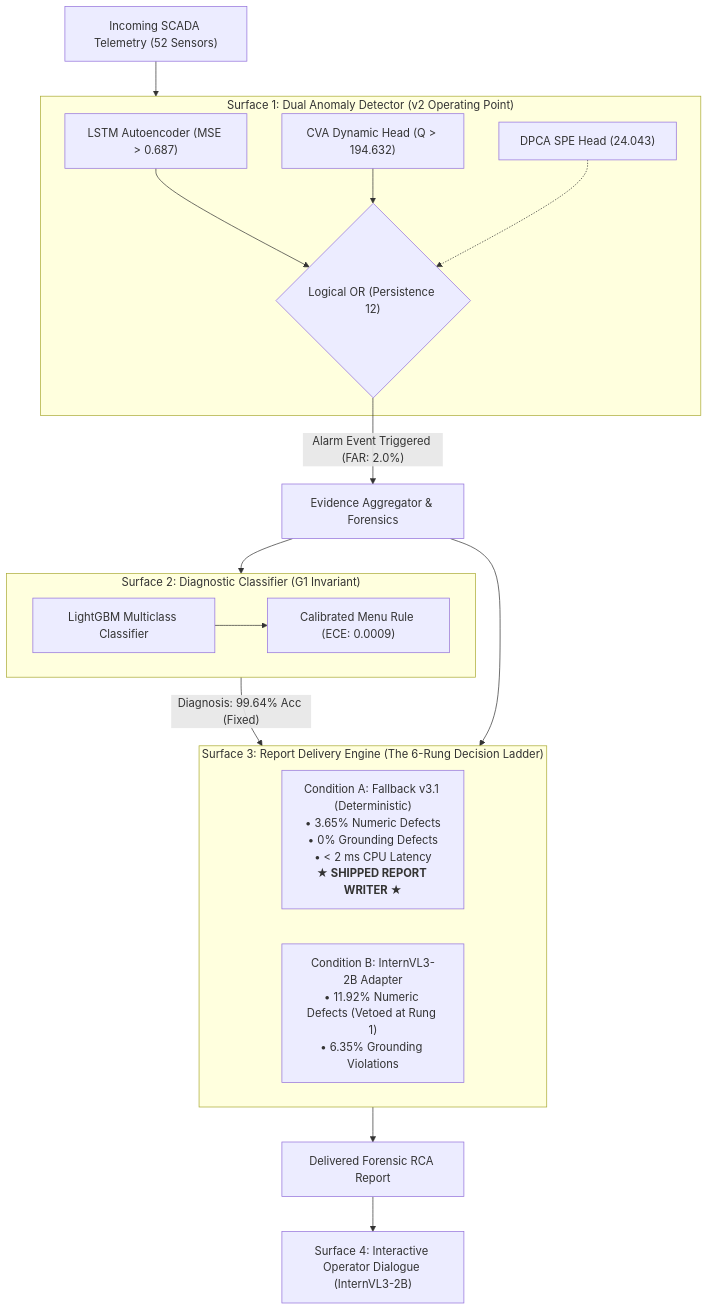
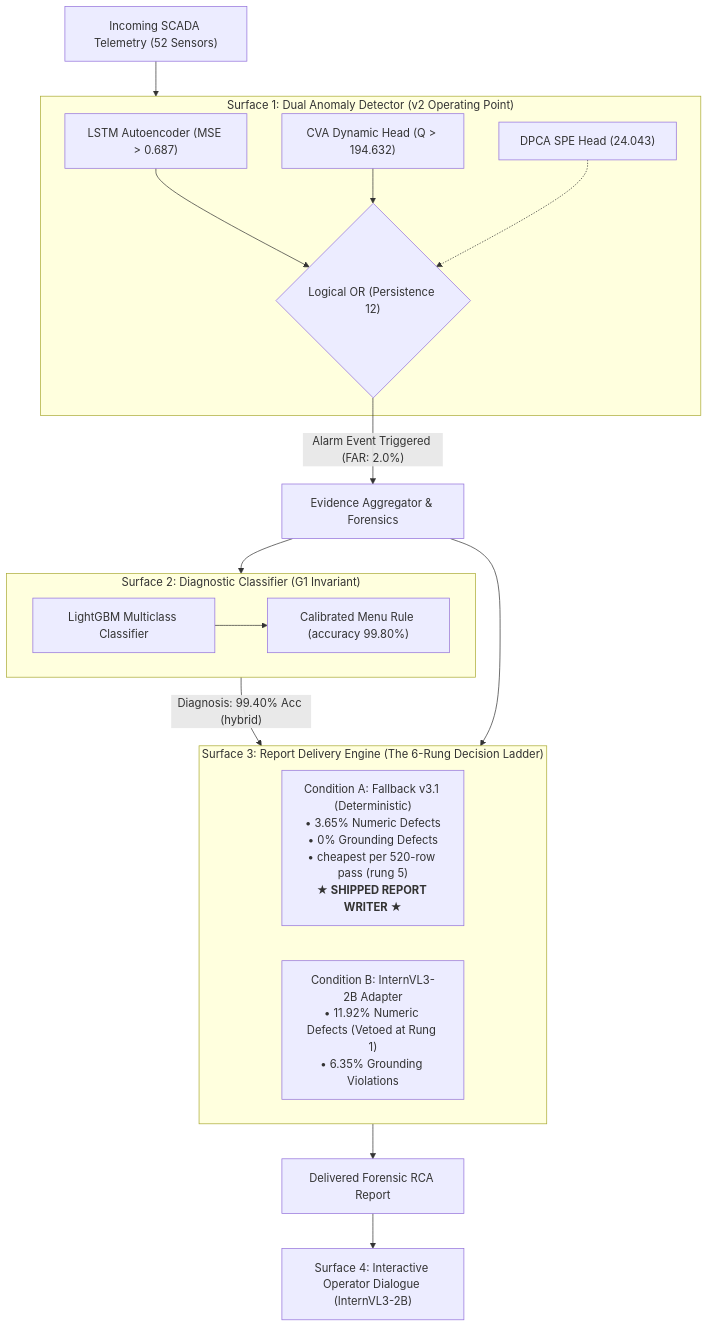
One commit to git-push-kar/C68-Anomaly changed the diagram in docs/reports/BENCHMARK_ACHIEVED_METRICS_REPORT.md. Above: the diagram before and after it, drawn with Mermaid. The commit also changed other lines of this file and 12 other files, not shown here.

First line of the commit message:
Measure batch invariance, correct the pass runtime to 2.2 h, and audit the older report's figures.

````diff
--- a/docs/reports/BENCHMARK_ACHIEVED_METRICS_REPORT.md
+++ b/docs/reports/BENCHMARK_ACHIEVED_METRICS_REPORT.md
@@ -14,34 +22,34 @@
 ```mermaid
 flowchart TD
     SCADA["Incoming SCADA Telemetry (52 Sensors)"] --> Detectors
     
     subgraph Detectors["Surface 1: Dual Anomaly Detector (v2 Operating Point)"]
         LSTM["LSTM Autoencoder (MSE > 0.687)"]
         CVA["CVA Dynamic Head (Q > 194.632)"]
         DPCA["DPCA SPE Head (24.043)"]
         Fuse{"Logical OR (Persistence 12)"}
         LSTM --> Fuse
         CVA --> Fuse
         DPCA -.-> Fuse
     end
     
     Fuse -->|"Alarm Event Triggered (FAR: 2.0%)"| Evidence["Evidence Aggregator & Forensics"]
     
     subgraph Diagnosis["Surface 2: Diagnostic Classifier (G1 Invariant)"]
         LightGBM["LightGBM Multiclass Classifier"]
-        MenuRule["Calibrated Menu Rule (ECE: 0.0009)"]
+        MenuRule["Calibrated Menu Rule (accuracy 99.80%)"]
         LightGBM --> MenuRule
     end
     
     Evidence --> Diagnosis
-    Diagnosis -->|"Diagnosis: 99.64% Acc (Fixed)"| Delivery
+    Diagnosis -->|"Diagnosis: 99.40% Acc (hybrid)"| Delivery
     Evidence --> Delivery
     
     subgraph Delivery["Surface 3: Report Delivery Engine (The 6-Rung Decision Ladder)"]
-        CondA["Condition A: Fallback v3.1 (Deterministic)<br>• 3.65% Numeric Defects<br>• 0% Grounding Defects<br>• < 2 ms CPU Latency<br><b>★ SHIPPED REPORT WRITER ★</b>"]
+        CondA["Condition A: Fallback v3.1 (Deterministic)<br>• 3.65% Numeric Defects<br>• 0% Grounding Defects<br>• cheapest per 520-row pass (rung 5)<br><b>★ SHIPPED REPORT WRITER ★</b>"]
         CondB["Condition B: InternVL3-2B Adapter<br>• 11.92% Numeric Defects (Vetoed at Rung 1)<br>• 6.35% Grounding Violations"]
     end
     
     Delivery --> OutputReport["Delivered Forensic RCA Report"]
     OutputReport --> InteractiveDialogue["Surface 4: Interactive Operator Dialogue (InternVL3-2B)"]
 ```
````
